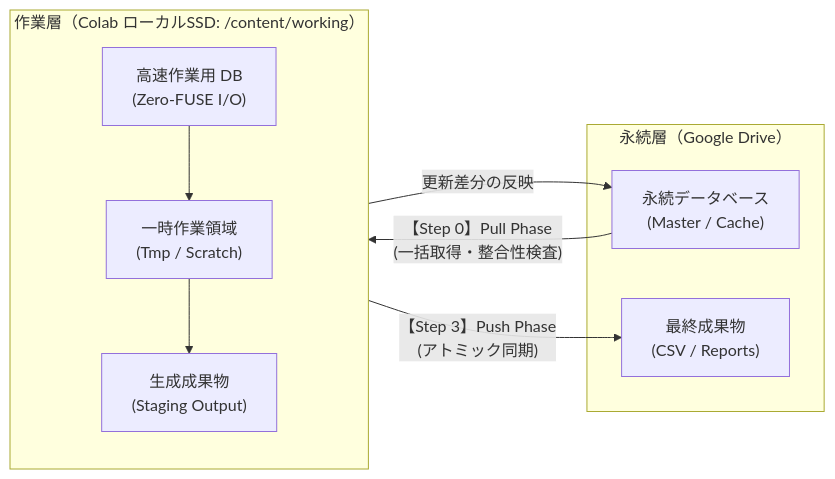
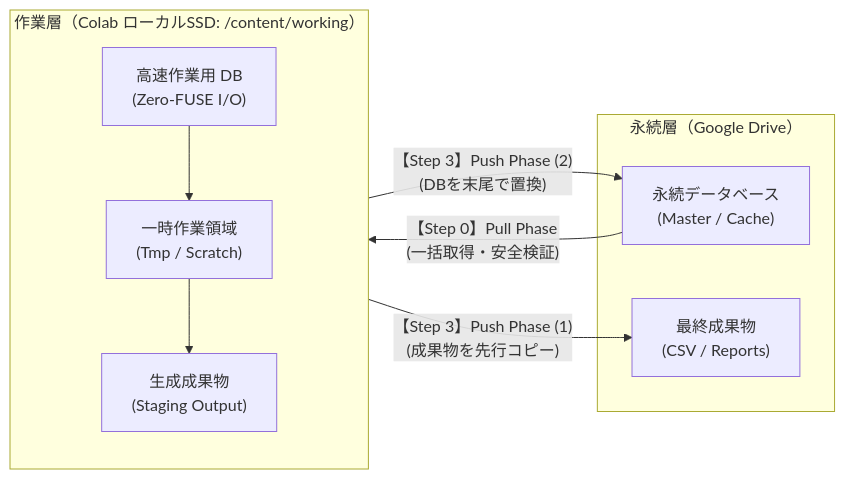
The diagram in docs/articles/qiita_part6_colab_ephemeral_storage_architecture.md (akkyey/stock-analyzer-core), drawn with Mermaid before and after one commit. The commit also changed other lines of this file, not shown here.

````diff
--- a/docs/articles/qiita_part6_colab_ephemeral_storage_architecture.md
+++ b/docs/articles/qiita_part6_colab_ephemeral_storage_architecture.md
@@ -72,19 +76,19 @@
 ```mermaid
 flowchart LR
     subgraph Persistent["永続層（Google Drive）"]
         DriveDB["永続データベース<br/>(Master / Cache)"]
         DriveOut["最終成果物<br/>(CSV / Reports)"]
     end
 
     subgraph Ephemeral["作業層（Colab ローカルSSD: /content/working）"]
         direction TB
         LocalDB["高速作業用 DB<br/>(Zero-FUSE I/O)"]
         LocalWork["一時作業領域<br/>(Tmp / Scratch)"]
         LocalOut["生成成果物<br/>(Staging Output)"]
     end
 
-    DriveDB -- "【Step 0】Pull Phase<br/>(一括取得・整合性検査)" --> LocalDB
+    DriveDB -- "【Step 0】Pull Phase<br/>(一括取得・安全検証)" --> LocalDB
     LocalDB --> LocalWork --> LocalOut
-    LocalOut -- "【Step 3】Push Phase<br/>(アトミック同期)" --> DriveOut
-    LocalDB -- "更新差分の反映" --> DriveDB
+    LocalOut -- "【Step 3】Push Phase (1)<br/>(成果物を先行コピー)" --> DriveOut
+    LocalDB -- "【Step 3】Push Phase (2)<br/>(DBを末尾で置換)" --> DriveDB
 ```
````
